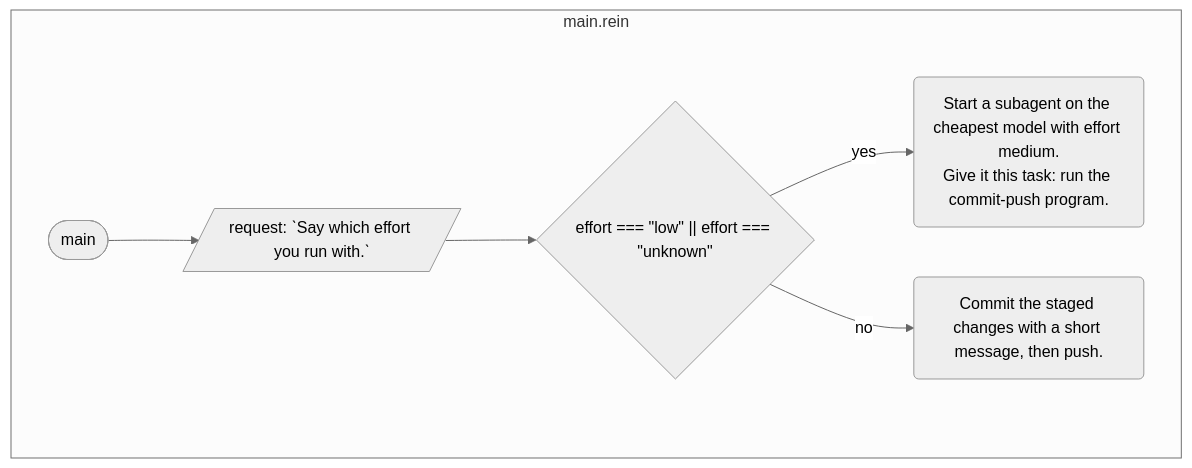
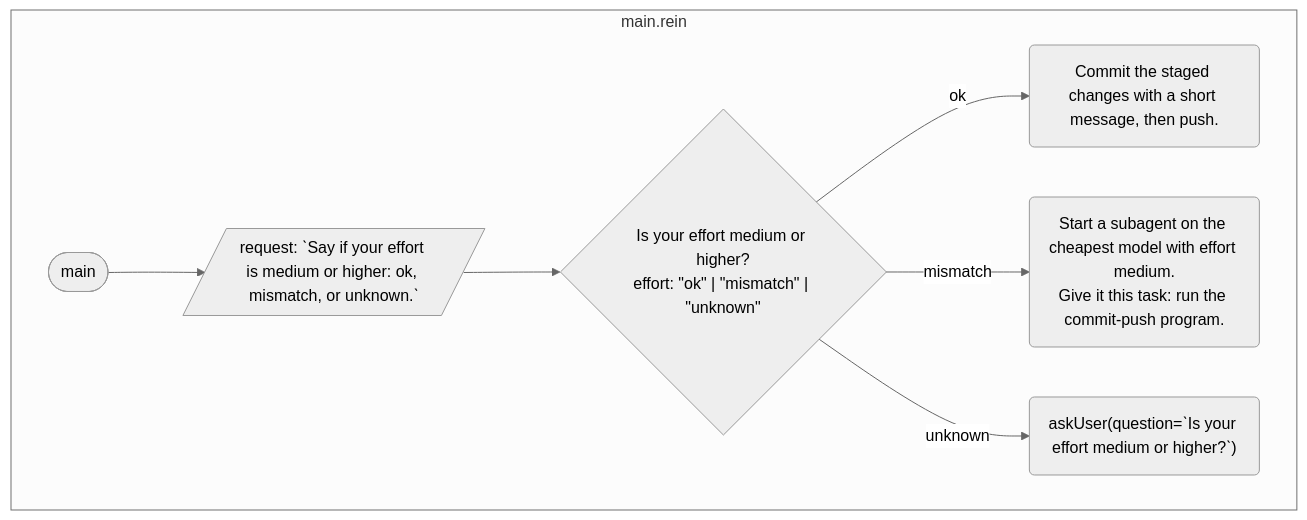
Before and after one commit to rein-lang/rein: the diagram in website/docs/examples/commit-push.md, drawn with Mermaid (neutral theme). The commit also changed 2 other files, not shown here.

Commit message:
examples: commit-push handles ok, mismatch and unknown like the proposal

````diff
--- a/website/docs/examples/commit-push.md
+++ b/website/docs/examples/commit-push.md
@@ -11,14 +11,16 @@
 ```mermaid
 flowchart TD
     subgraph s0 ["main.rein"]
         f0(["main"])
-        f0_0[/"request: ˋSay which effort you run with.ˋ"/]
-        f0_1{"effort === #quot;low#quot; || effort === #quot;unknown#quot;"}
-        f0_2("Start a subagent on the cheapest model with effort medium.<br/>Give it this task: run the commit-push program.")
-        f0_3("Commit the staged changes with a short message, then push.")
+        f0_0[/"request: ˋSay if your effort is medium or higher: ok, mismatch, or unknown.ˋ"/]
+        f0_1{"Is your effort medium or higher?<br/>effort: #quot;ok#quot; | #quot;mismatch#quot; | #quot;unknown#quot;"}
+        f0_2("Commit the staged changes with a short message, then push.")
+        f0_3("Start a subagent on the cheapest model with effort medium.<br/>Give it this task: run the commit-push program.")
+        f0_4("askUser(question=ˋIs your effort medium or higher?ˋ)")
     end
     f0 --> f0_0
     f0_0 --> f0_1
-    f0_1 -->|"yes"| f0_2
-    f0_1 -->|"no"| f0_3
+    f0_1 -->|"ok"| f0_2
+    f0_1 -->|"mismatch"| f0_3
+    f0_1 -->|"unknown"| f0_4
 ```
````
